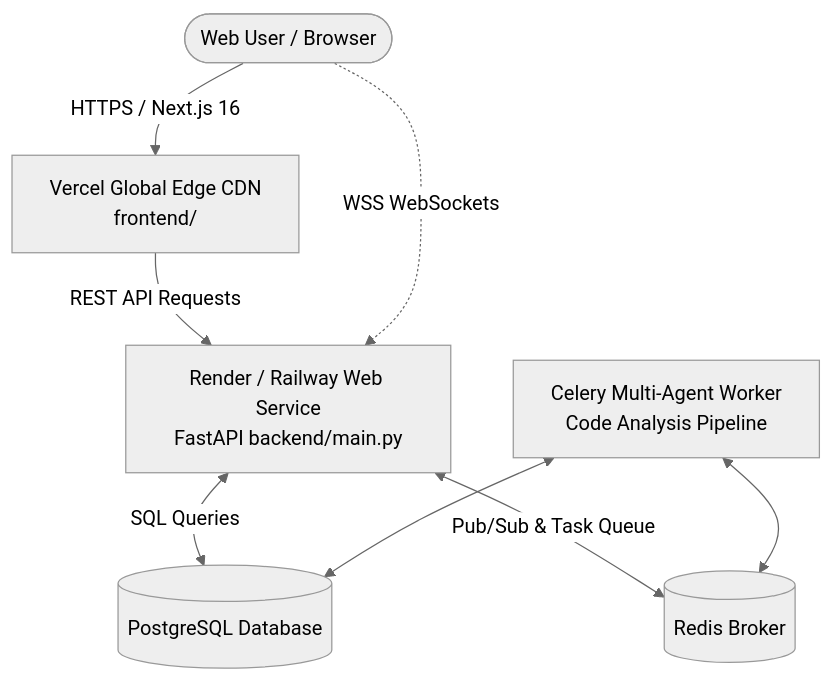
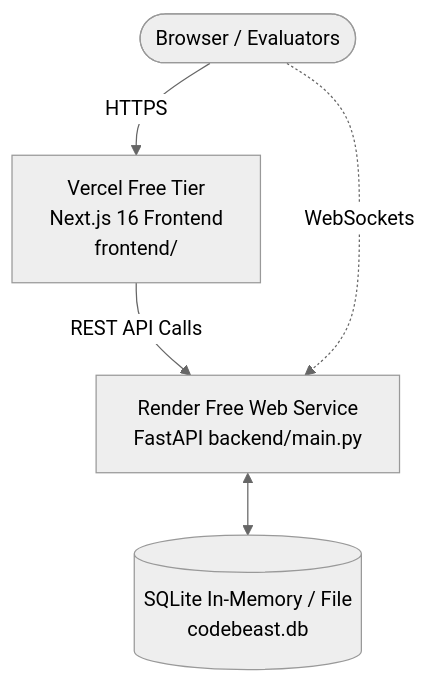
Before and after one commit to ibanmondal/CODE-BEAST-AI: the diagram in DEPLOY.md, drawn with Mermaid (neutral theme). The commit also changed other lines of this file and 1 other file, not shown here.

Commit message:
fix(deploy): configure 100% free tier on Render without credit card or paid worker requirement

````diff
--- a/DEPLOY.md
+++ b/DEPLOY.md
@@ -11,10 +11,7 @@
 ```mermaid
 graph TD
-    User([Web User / Browser]) -->|HTTPS / Next.js 16| Vercel[Vercel Global Edge CDN\nfrontend/]
-    Vercel -->|REST API Requests| Backend[Render / Railway Web Service\nFastAPI backend/main.py]
-    User -.->|WSS WebSockets| Backend
-    Backend <-->|SQL Queries| DB[(PostgreSQL Database)]
-    Backend <-->|Pub/Sub & Task Queue| Redis[(Redis Broker)]
-    Worker[Celery Multi-Agent Worker\nCode Analysis Pipeline] <--> Redis
-    Worker <--> DB
+    User([Browser / Evaluators]) -->|HTTPS| Vercel[Vercel Free Tier\nNext.js 16 Frontend\nfrontend/]
+    Vercel -->|REST API Calls| Render[Render Free Web Service\nFastAPI backend/main.py]
+    User -.->|WebSockets| Render
+    Render <--> DB[(SQLite In-Memory / File\ncodebeast.db)]
 ```
````
